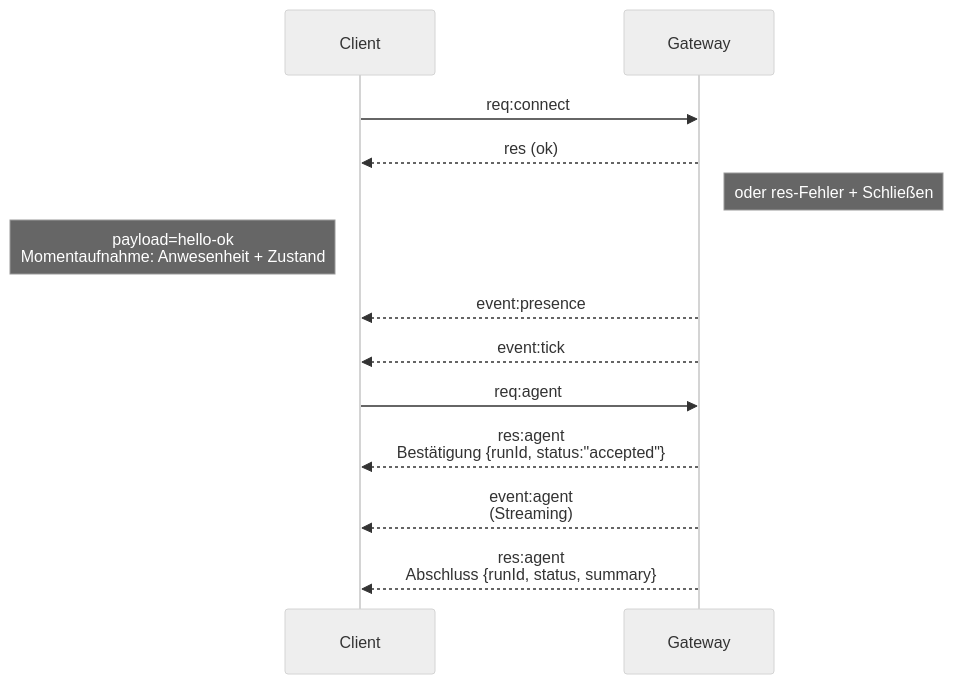
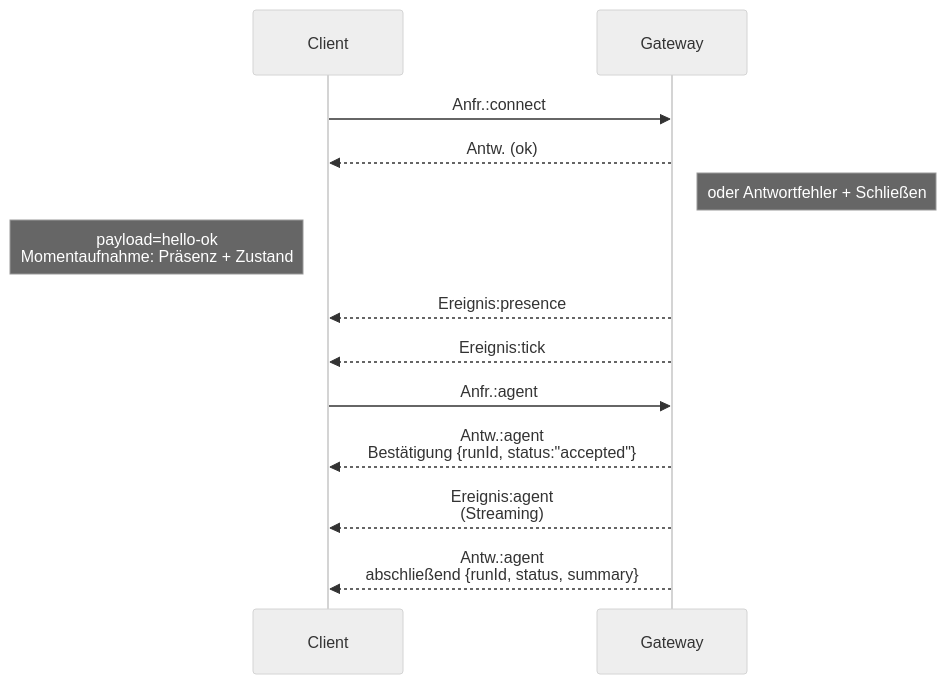
Before and after one commit to is0383kk/ai-docs-sync-workflow: the diagram in openclaw-docs/de/concepts/architecture.md, drawn with Mermaid (neutral theme). The commit also changed other lines of this file and 11096 other files, not shown here.

````diff
--- a/openclaw-docs/de/concepts/architecture.md
+++ b/openclaw-docs/de/concepts/architecture.md
@@ -64,18 +65,18 @@
 ```mermaid
 sequenceDiagram
     participant Client
     participant Gateway
 
-    Client->>Gateway: req:connect
-    Gateway-->>Client: res (ok)
-    Note right of Gateway: oder res-Fehler + Schließen
-    Note left of Client: payload=hello-ok<br>Momentaufnahme: Anwesenheit + Zustand
+    Client->>Gateway: Anfr.:connect
+    Gateway-->>Client: Antw. (ok)
+    Note right of Gateway: oder Antwortfehler + Schließen
+    Note left of Client: payload=hello-ok<br>Momentaufnahme: Präsenz + Zustand
 
-    Gateway-->>Client: event:presence
-    Gateway-->>Client: event:tick
+    Gateway-->>Client: Ereignis:presence
+    Gateway-->>Client: Ereignis:tick
 
-    Client->>Gateway: req:agent
-    Gateway-->>Client: res:agent<br>Bestätigung {runId, status:"accepted"}
-    Gateway-->>Client: event:agent<br>(Streaming)
-    Gateway-->>Client: res:agent<br>Abschluss {runId, status, summary}
+    Client->>Gateway: Anfr.:agent
+    Gateway-->>Client: Antw.:agent<br>Bestätigung {runId, status:"accepted"}
+    Gateway-->>Client: Ereignis:agent<br>(Streaming)
+    Gateway-->>Client: Antw.:agent<br>abschließend {runId, status, summary}
 ```
````
